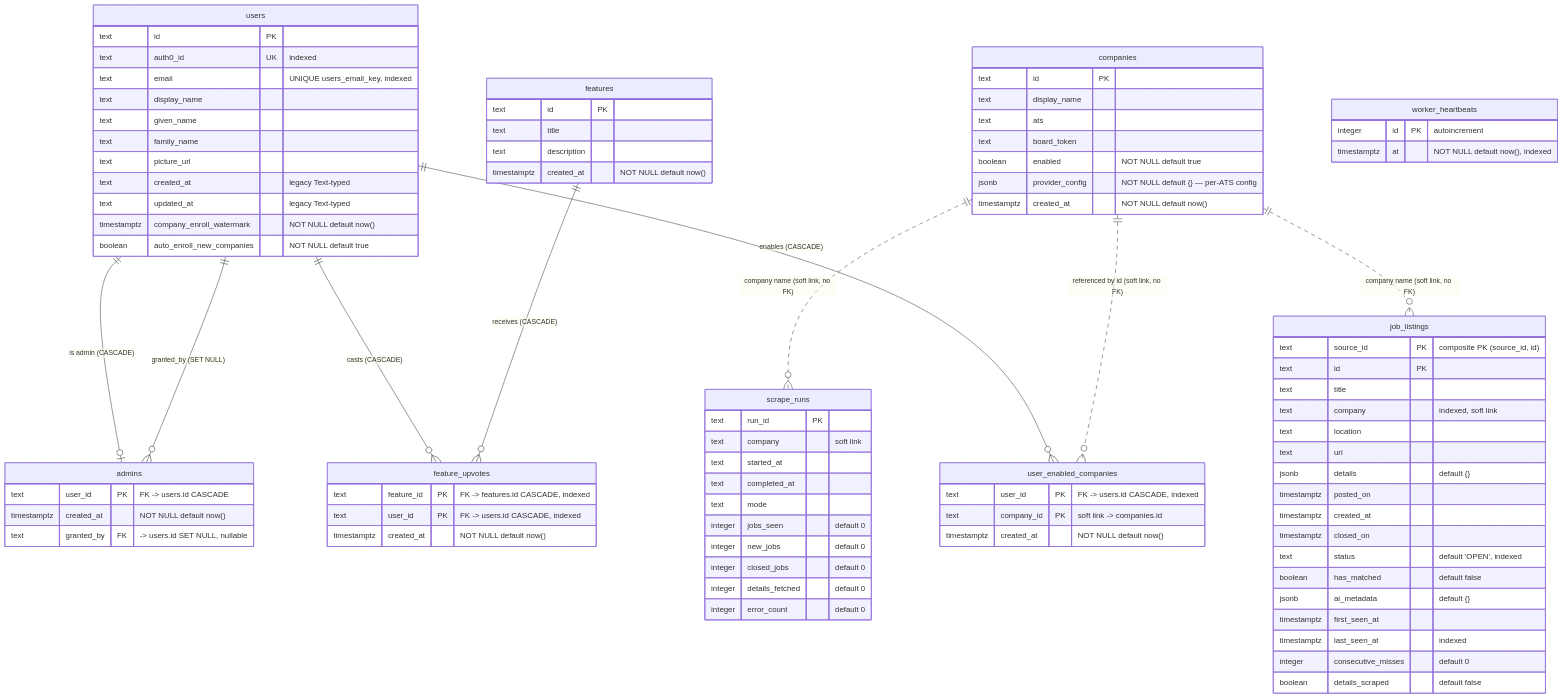
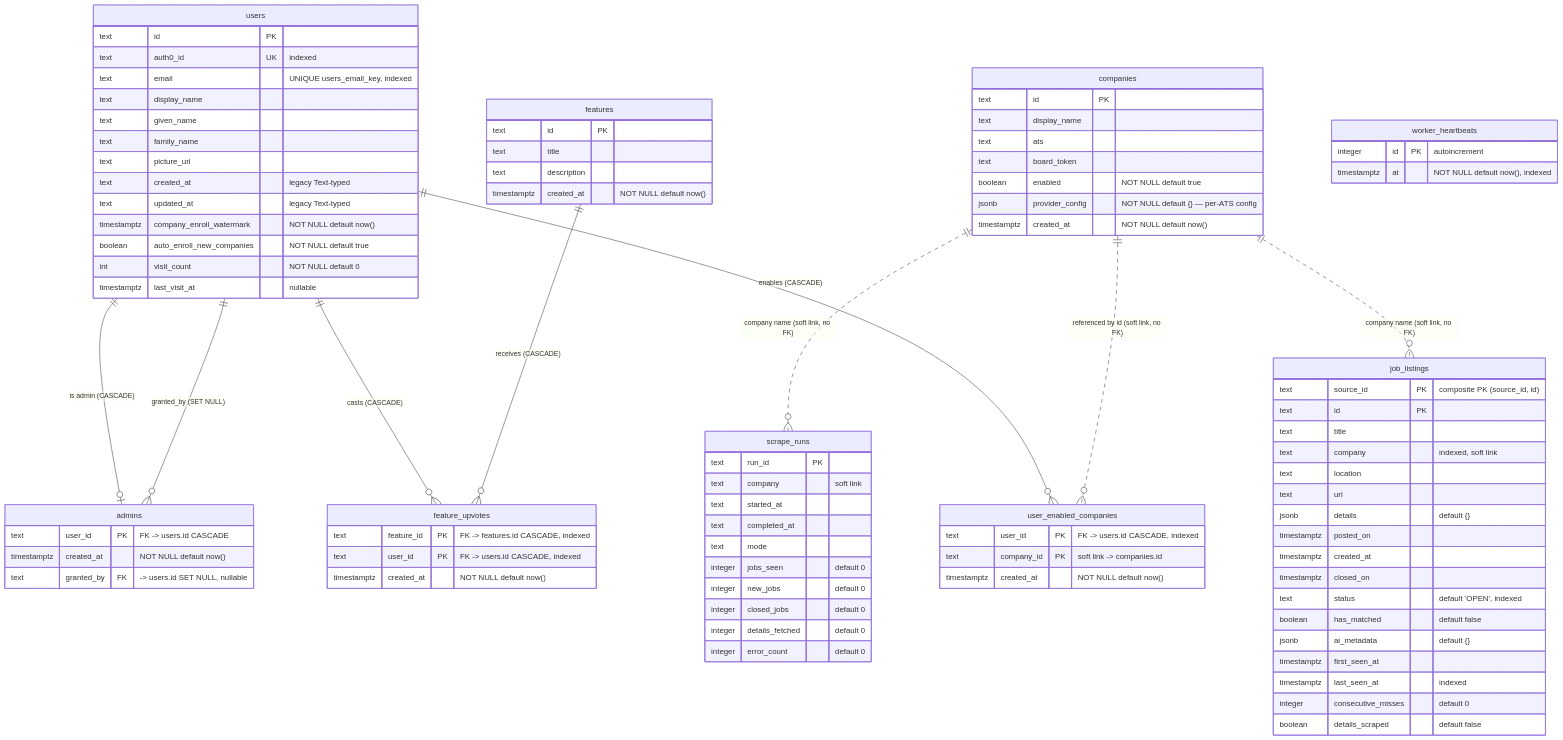
Before and after one commit to brendanpotter00/Job-Visualizer-Notifier: the diagram in src/backend/docs/database-schema.md, drawn with Mermaid. The commit also changed other lines of this file and 19 other files, not shown here.

```diff
--- a/src/backend/docs/database-schema.md
+++ b/src/backend/docs/database-schema.md
@@ -38,6 +38,8 @@
         text updated_at "legacy Text-typed"
         timestamptz company_enroll_watermark "NOT NULL default now()"
         boolean auto_enroll_new_companies "NOT NULL default true"
+        int visit_count "NOT NULL default 0"
+        timestamptz last_visit_at "nullable"
     }
 
     user_enabled_companies {
```
